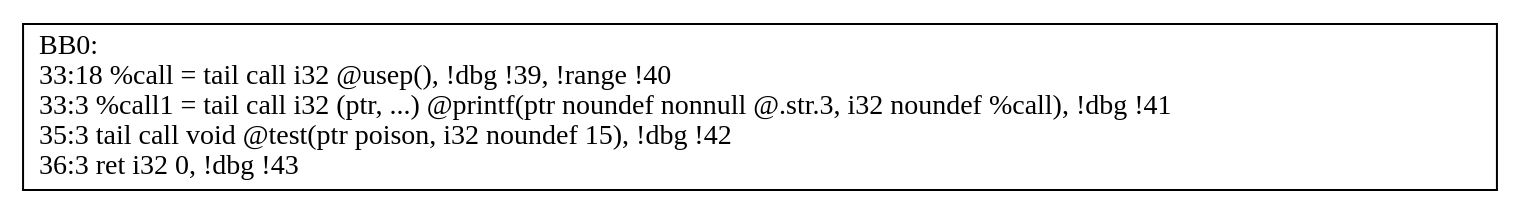
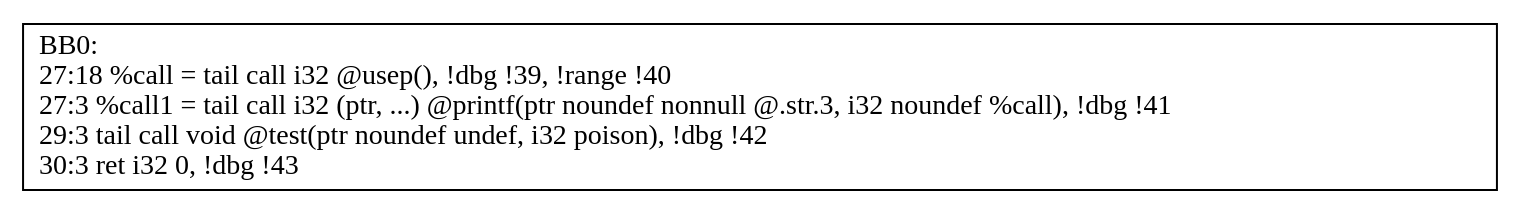
Before and after one commit to M-ouse/FinalDesign: the diagram in output/demo.ll_main_CFG.dot, drawn with Graphviz. The commit also changed 10 other files, not shown here.

```diff
--- a/output/demo.ll_main_CFG.dot
+++ b/output/demo.ll_main_CFG.dot
@@ -1,3 +1,3 @@
 digraph "CFG for'main' function" {
-	BB0 [shape=record, label="{BB0:\l33:18   %call = tail call i32 @usep(), !dbg !39, !range !40\l 33:3   %call1 = tail call i32 (ptr, ...) @printf(ptr noundef nonnull @.str.3, i32 noundef %call), !dbg !41\l 35:3   tail call void @test(ptr poison, i32 noundef 15), !dbg !42\l 36:3   ret i32 0, !dbg !43\l }"];
+	BB0 [shape=record, label="{BB0:\l27:18   %call = tail call i32 @usep(), !dbg !39, !range !40\l 27:3   %call1 = tail call i32 (ptr, ...) @printf(ptr noundef nonnull @.str.3, i32 noundef %call), !dbg !41\l 29:3   tail call void @test(ptr noundef undef, i32 poison), !dbg !42\l 30:3   ret i32 0, !dbg !43\l }"];
 }
```
